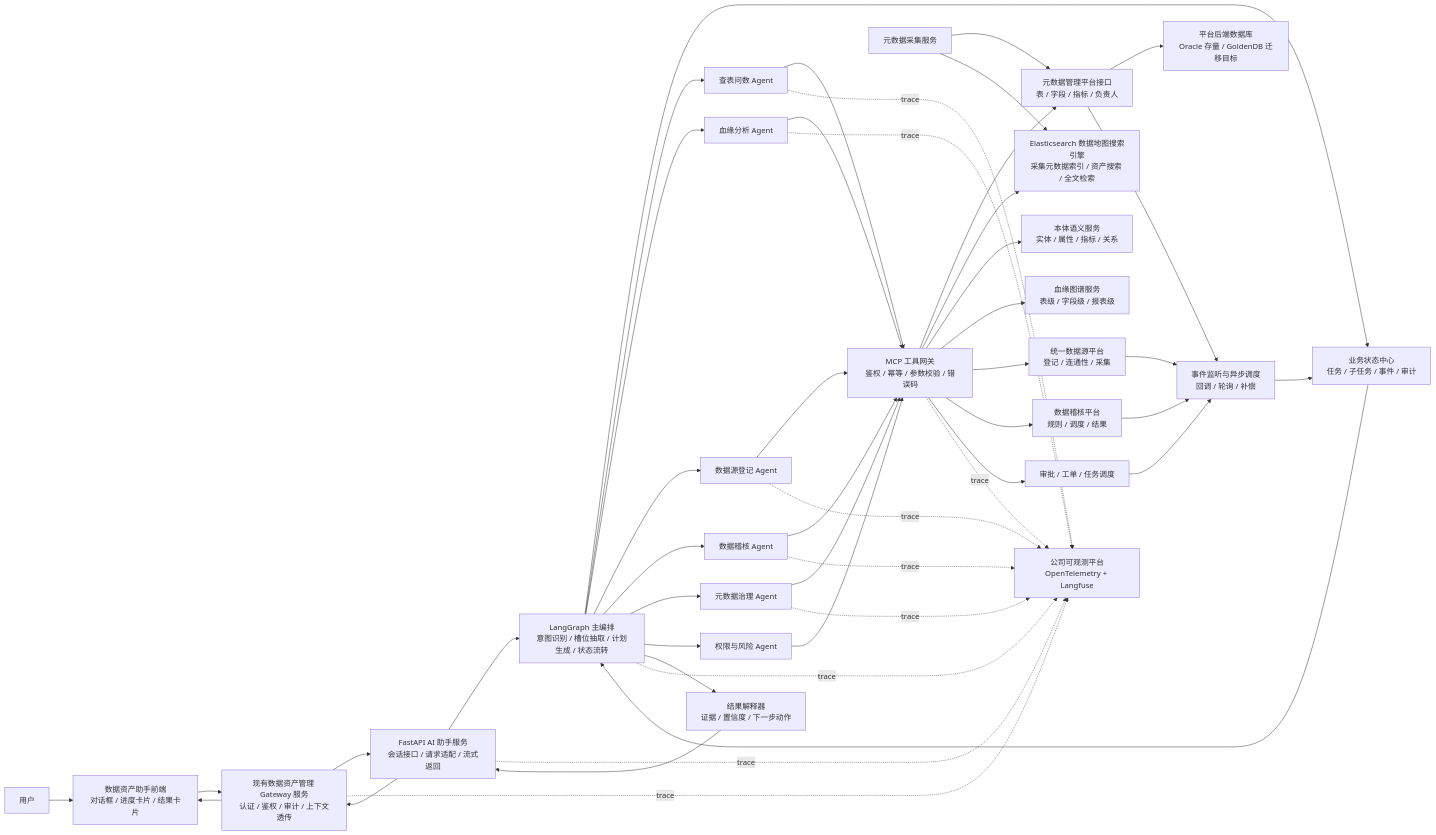
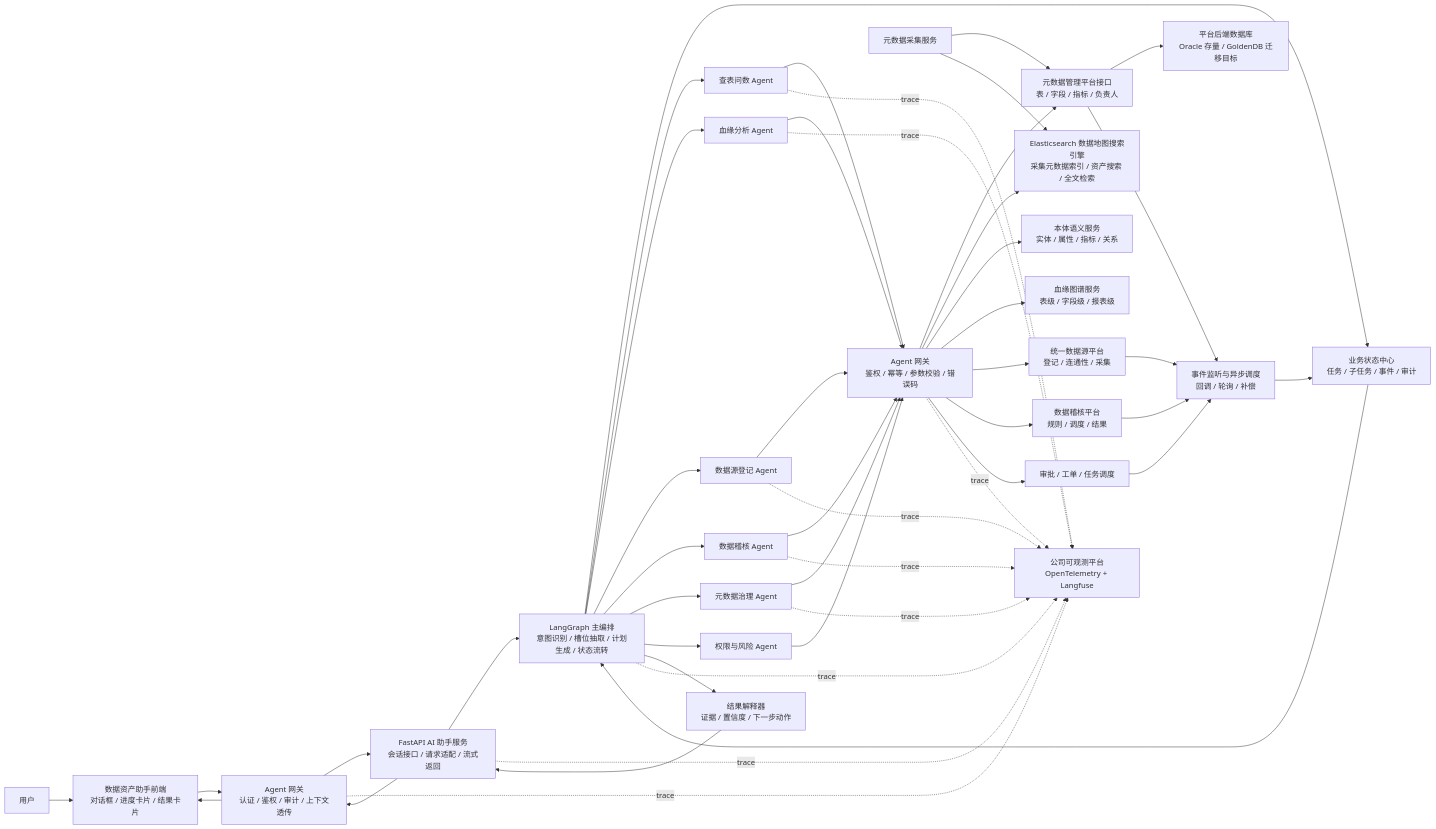
Before and after one commit to ShaneLiu001/dataasset: the first of 8 diagrams in 数据资产助手/90-附录-数据资产助手典型场景数据流.md, drawn with Mermaid. The commit also changed other lines of this file and 17 other files, not shown here.

````diff
--- a/数据资产助手/90-附录-数据资产助手典型场景数据流.md
+++ b/数据资产助手/90-附录-数据资产助手典型场景数据流.md
@@ -5,56 +5,56 @@
 ```mermaid
 flowchart LR
   U[用户] --> FE[数据资产助手前端<br/>对话框 / 进度卡片 / 结果卡片]
-  FE --> Gateway[现有数据资产管理 Gateway 服务<br/>认证 / 鉴权 / 审计 / 上下文透传]
+  FE --> Gateway[Agent 网关<br/>认证 / 鉴权 / 审计 / 上下文透传]
   Gateway --> API[FastAPI AI 助手服务<br/>会话接口 / 请求适配 / 流式返回]
 
   API --> Router[LangGraph 主编排<br/>意图识别 / 槽位抽取 / 计划生成 / 状态流转]
   Router --> State[业务状态中心<br/>任务 / 子任务 / 事件 / 审计]
 
   Router --> SearchAgent[查表问数 Agent]
   Router --> LineageAgent[血缘分析 Agent]
   Router --> DsAgent[数据源登记 Agent]
   Router --> QualityAgent[数据稽核 Agent]
   Router --> GovernanceAgent[元数据治理 Agent]
   Router --> RiskAgent[权限与风险 Agent]
 
-  SearchAgent --> ToolGateway[MCP 工具网关<br/>鉴权 / 幂等 / 参数校验 / 错误码]
+  SearchAgent --> ToolGateway[Agent 网关<br/>鉴权 / 幂等 / 参数校验 / 错误码]
   LineageAgent --> ToolGateway
   DsAgent --> ToolGateway
   QualityAgent --> ToolGateway
   GovernanceAgent --> ToolGateway
   RiskAgent --> ToolGateway
 
   ToolGateway --> Metadata[元数据管理平台接口<br/>表 / 字段 / 指标 / 负责人]
   ToolGateway --> DataMap[Elasticsearch 数据地图搜索引擎<br/>采集元数据索引 / 资产搜索 / 全文检索]
   ToolGateway --> Ontology[本体语义服务<br/>实体 / 属性 / 指标 / 关系]
   ToolGateway --> Lineage[血缘图谱服务<br/>表级 / 字段级 / 报表级]
   ToolGateway --> Datasource[统一数据源平台<br/>登记 / 连通性 / 采集]
   ToolGateway --> Quality[数据稽核平台<br/>规则 / 调度 / 结果]
   ToolGateway --> Workflow[审批 / 工单 / 任务调度]
   Metadata --> PlatformDB[平台后端数据库<br/>Oracle 存量 / GoldenDB 迁移目标]
   MetadataCollect[元数据采集服务] --> Metadata
   MetadataCollect --> DataMap
 
   Workflow --> Event[事件监听与异步调度<br/>回调 / 轮询 / 补偿]
   Datasource --> Event
   Quality --> Event
   Metadata --> Event
   Event --> State
   State --> Router
 
   Router --> Answer[结果解释器<br/>证据 / 置信度 / 下一步动作]
   Answer --> API
   API --> Gateway
   Gateway --> FE
 
   Router -. trace .-> Obs[公司可观测平台<br/>OpenTelemetry + Langfuse]
   ToolGateway -. trace .-> Obs
   API -. trace .-> Obs
   Gateway -. trace .-> Obs
   SearchAgent -. trace .-> Obs
   LineageAgent -. trace .-> Obs
   DsAgent -. trace .-> Obs
   QualityAgent -. trace .-> Obs
   GovernanceAgent -. trace .-> Obs
 ```
````
